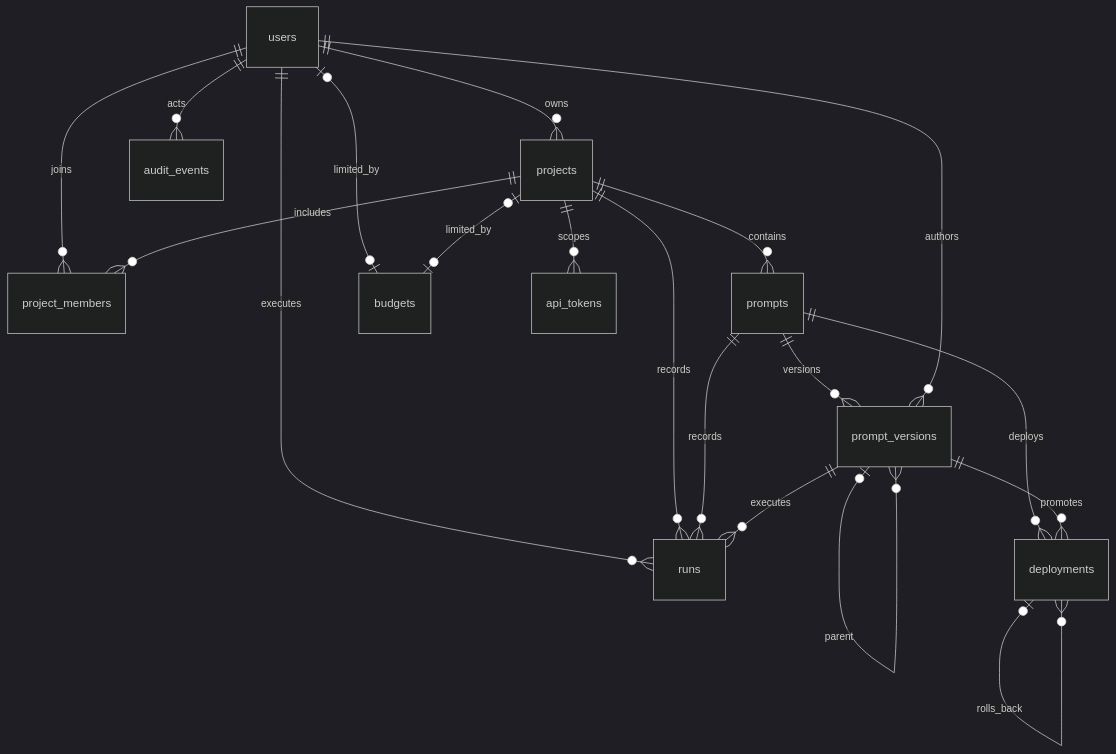
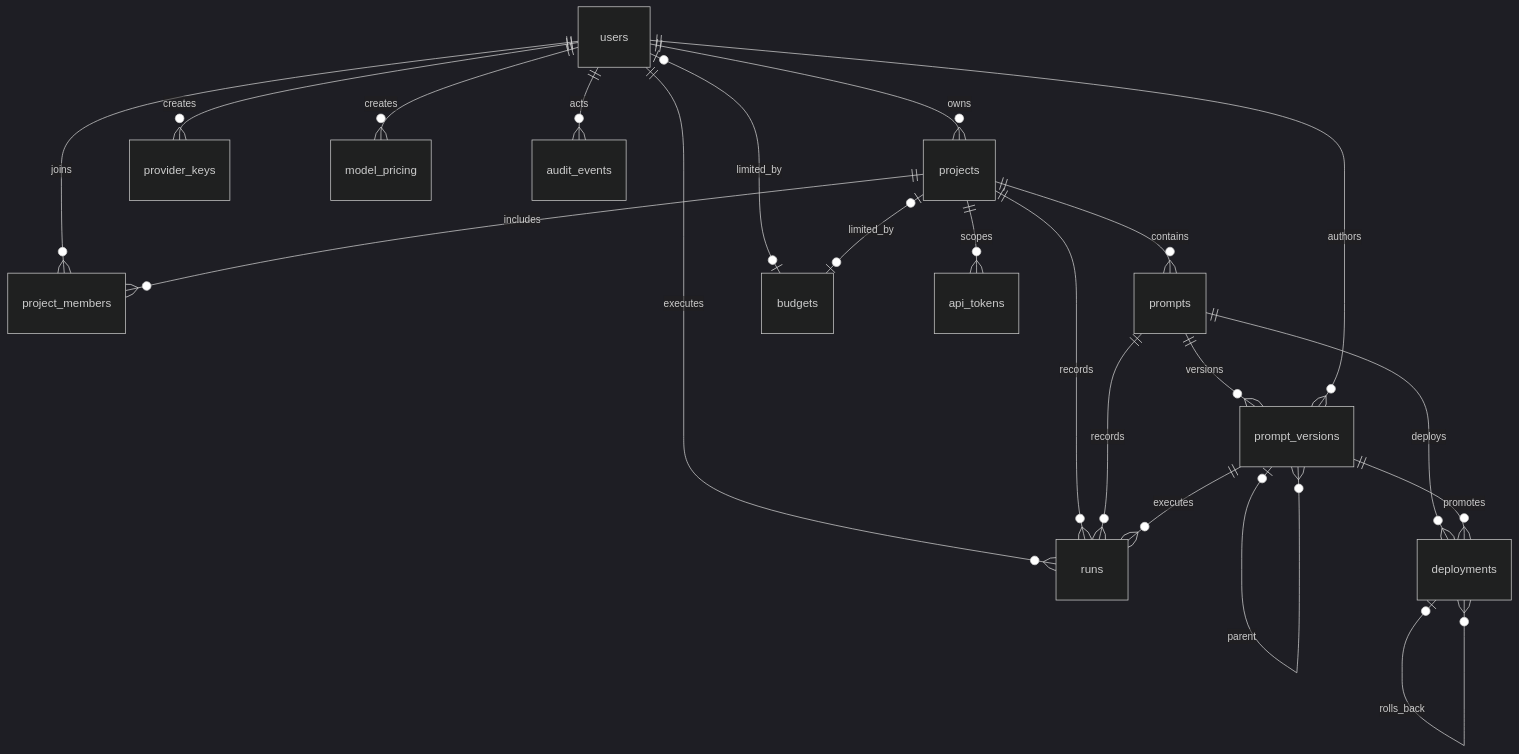
One commit to ananyaganesan/PromptVault changed the diagram in docs/erd.md. Above: the diagram before and after it, drawn with Mermaid (dark theme). The commit also changed 31 other files, not shown here.

````diff
--- a/docs/erd.md
+++ b/docs/erd.md
@@ -3,21 +3,23 @@
 ```mermaid
 erDiagram
     users ||--o{ projects : owns
     users ||--o{ project_members : joins
     projects ||--o{ project_members : includes
     projects ||--o{ prompts : contains
     prompts ||--o{ prompt_versions : versions
     prompt_versions o|--o{ prompt_versions : parent
     users ||--o{ prompt_versions : authors
     users ||--o{ runs : executes
     projects ||--o{ runs : records
     prompts ||--o{ runs : records
     prompt_versions ||--o{ runs : executes
     users o|--o| budgets : limited_by
     projects o|--o| budgets : limited_by
     prompts ||--o{ deployments : deploys
     prompt_versions ||--o{ deployments : promotes
     deployments o|--o{ deployments : rolls_back
     projects ||--o{ api_tokens : scopes
+    users ||--o{ provider_keys : creates
+    users ||--o{ model_pricing : creates
     users ||--o{ audit_events : acts
 ```
````
